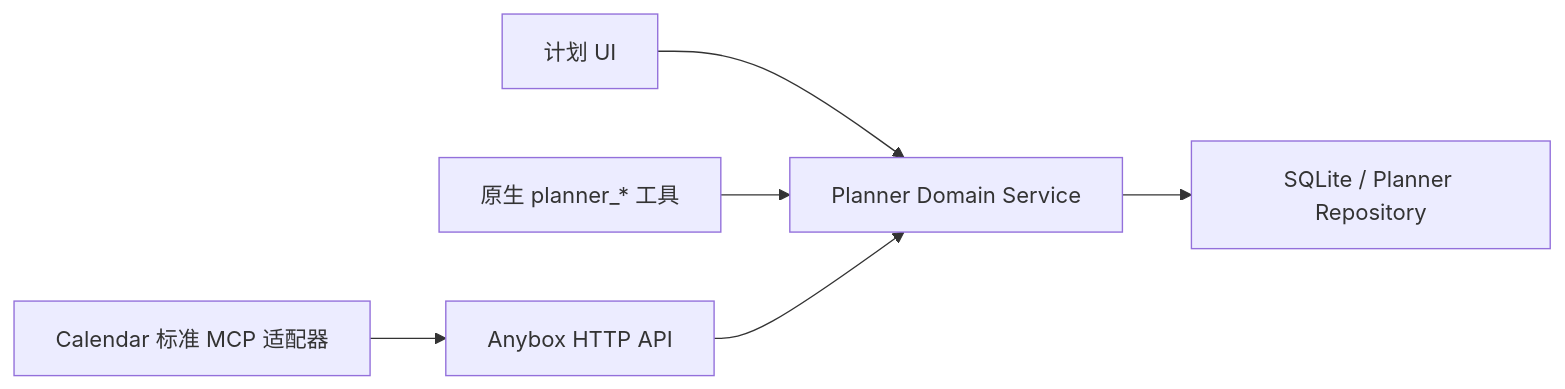
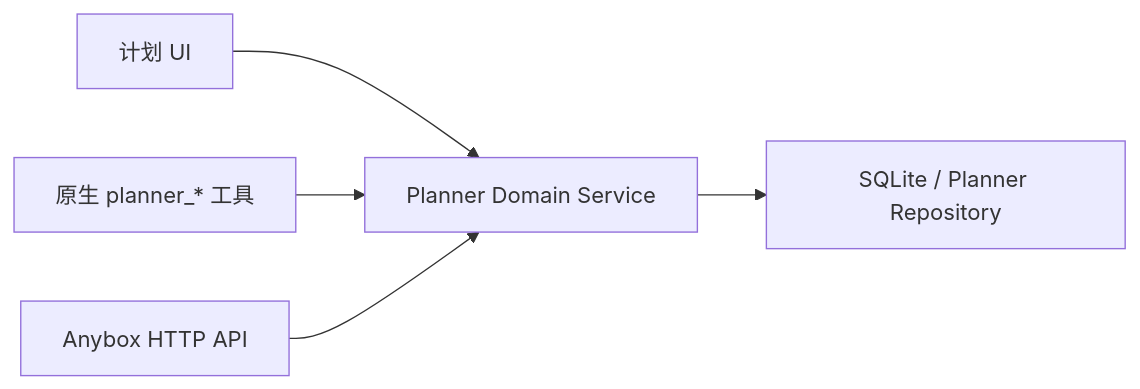
Before and after one commit to fanfan-de/anybox: the third of 3 diagrams in docs/native-tool-module-architecture-decision.md, drawn with Mermaid. The commit also changed other lines of this file and 19 other files, not shown here.

Commit message:
Refactor application architecture and streamline implementation

````diff
--- a/docs/native-tool-module-architecture-decision.md
+++ b/docs/native-tool-module-architecture-decision.md
@@ -279,8 +279,7 @@
 ```mermaid
 flowchart LR
     UI["计划 UI"] --> D["Planner Domain Service"]
     NT["原生 planner_* 工具"] --> D
     API["Anybox HTTP API"] --> D
-    MCP["Calendar 标准 MCP 适配器"] --> API
     D --> DB["SQLite / Planner Repository"]
 ```
````
